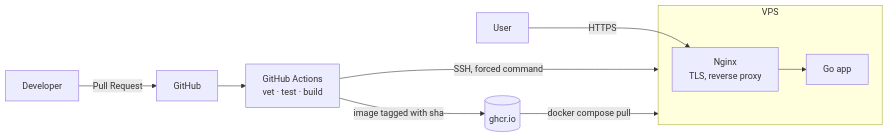
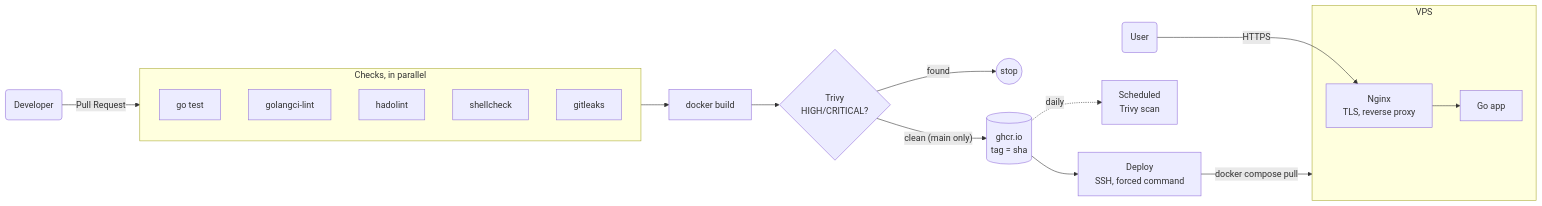
One commit to nemelix/go-service-platform changed the diagram in README.md. Above: the diagram before and after it, drawn with Mermaid. The commit also changed other lines of this file and 3 other files, not shown here.

````diff
--- a/README.md
+++ b/README.md
@@ -13,13 +13,25 @@
 ```mermaid
 flowchart LR
-dev[Developer] -->|Pull Request| gh[GitHub]
-gh --> ci[GitHub Actions<br/>vet · test · build]
-ci -->|image tagged with sha| reg[(ghcr.io)]
-ci -->|SSH, forced command| vps
-reg -->|docker compose pull| vps
-user[User] -->|HTTPS| nginx
+    dev(Developer) -->|Pull Request| checks
 
-subgraph vps[VPS]
-nginx[Nginx<br/>TLS, reverse proxy] --> app[Go app]
-end
+    subgraph checks[Checks, in parallel]
+        test[go test]
+        lint[golangci-lint]
+        hado[hadolint]
+        sc[shellcheck]
+        gl[gitleaks]
+    end
+
+    checks --> build[docker build]
+    build --> trivy{Trivy<br/>HIGH/CRITICAL?}
+    trivy -->|found| stop((stop))
+    trivy -->|"clean (main only)"| reg[(ghcr.io<br/>tag = sha)]
+    reg --> deploy[Deploy<br/>SSH, forced command]
+    deploy -->|docker compose pull| vps
+    reg -.->|daily| scan[Scheduled<br/>Trivy scan]
+    user(User) -->|HTTPS| nginx
+
+    subgraph vps[VPS]
+        nginx[Nginx<br/>TLS, reverse proxy] --> app[Go app]
+    end
 ```
````
